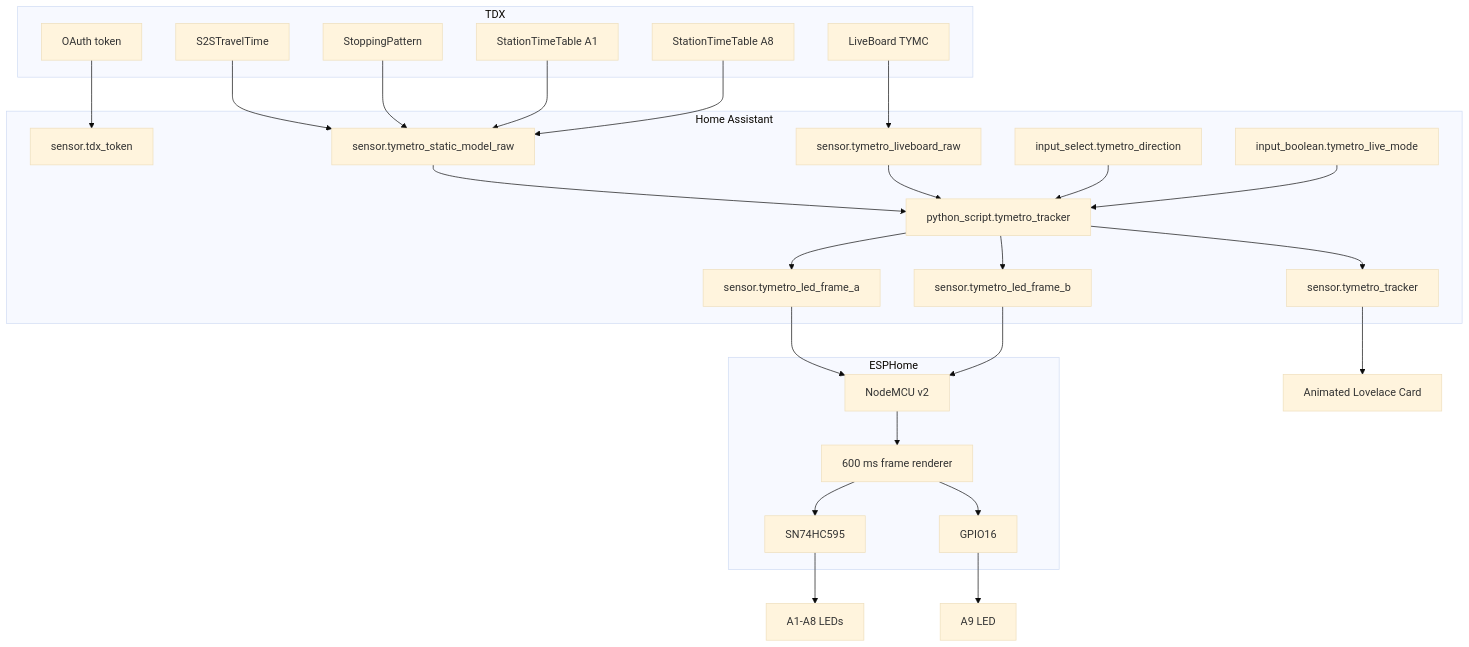
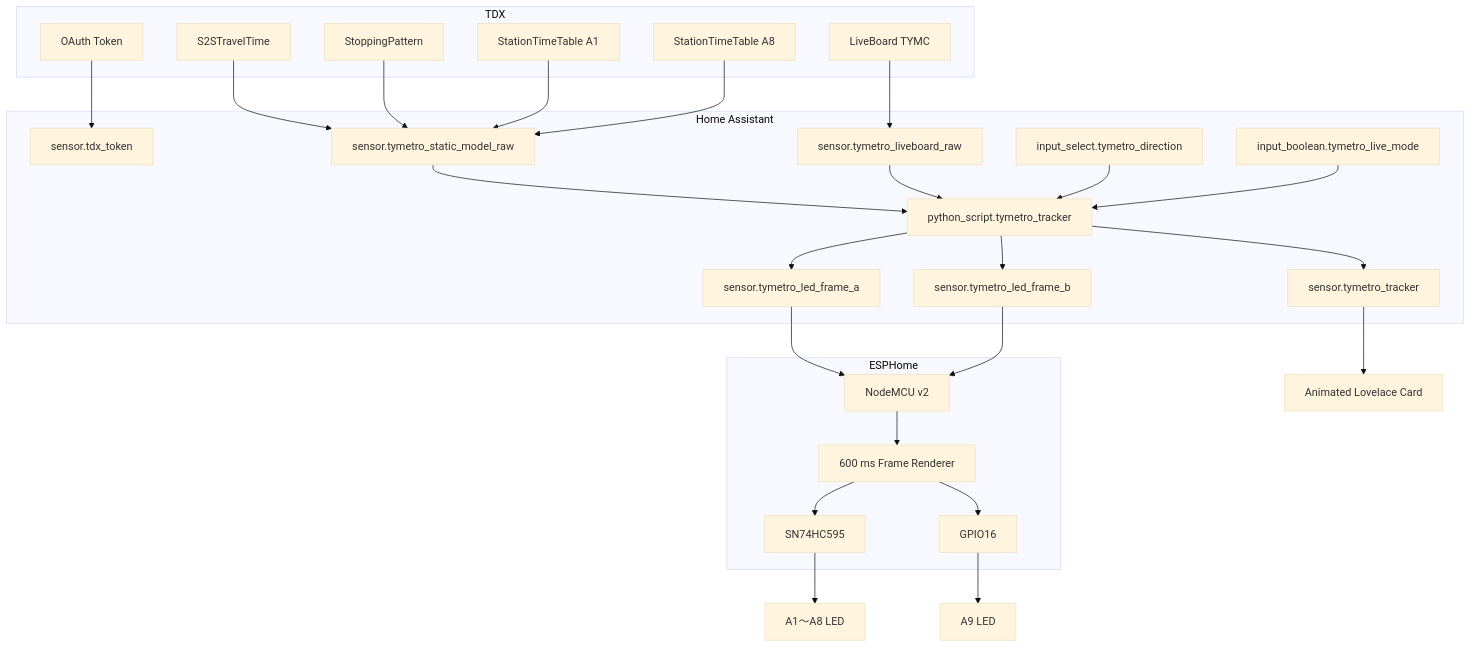
Before and after one commit to ryan11280/tymetro-ha-led-tracker: the diagram in docs/architecture.md, drawn with Mermaid (base theme). The commit also changed other lines of this file and 18 other files, not shown here.

````diff
--- a/docs/architecture.md
+++ b/docs/architecture.md
@@ -13,55 +20,59 @@
 ```mermaid
 flowchart TD
     subgraph TDX
-      AUTH[OAuth token]
+      AUTH[OAuth Token]
       S2S[S2STravelTime]
       STOP[StoppingPattern]
       A1[StationTimeTable A1]
       A8[StationTimeTable A8]
       LIVE[LiveBoard TYMC]
     end
 
-    AUTH --> HA
+    AUTH --> TOKEN[sensor.tdx_token]
+
     S2S --> STATIC
     STOP --> STATIC
     A1 --> STATIC
     A8 --> STATIC
+
     LIVE --> RAWLIVE
 
-    subgraph Home Assistant
-      HA[sensor.tdx_token]
+    subgraph Home_Assistant[Home Assistant]
+      TOKEN
       STATIC[sensor.tymetro_static_model_raw]
       RAWLIVE[sensor.tymetro_liveboard_raw]
       DIR[input_select.tymetro_direction]
       MODE[input_boolean.tymetro_live_mode]
       CORE[python_script.tymetro_tracker]
       TRACK[sensor.tymetro_tracker]
       F1[sensor.tymetro_led_frame_a]
       F2[sensor.tymetro_led_frame_b]
     end
 
     STATIC --> CORE
     RAWLIVE --> CORE
     DIR --> CORE
     MODE --> CORE
+
     CORE --> TRACK
     CORE --> F1
     CORE --> F2
 
     TRACK --> DASH[Animated Lovelace Card]
     F1 --> ESP
     F2 --> ESP
 
     subgraph ESPHome
       ESP[NodeMCU v2]
-      RENDER[600 ms frame renderer]
+      RENDER[600 ms Frame Renderer]
       HC[SN74HC595]
       GPIO[GPIO16]
     end
 
     ESP --> RENDER
     RENDER --> HC
     RENDER --> GPIO
-    HC --> A18[A1-A8 LEDs]
+
+    HC --> A18[A1～A8 LED]
     GPIO --> A9LED[A9 LED]
 ```
````
